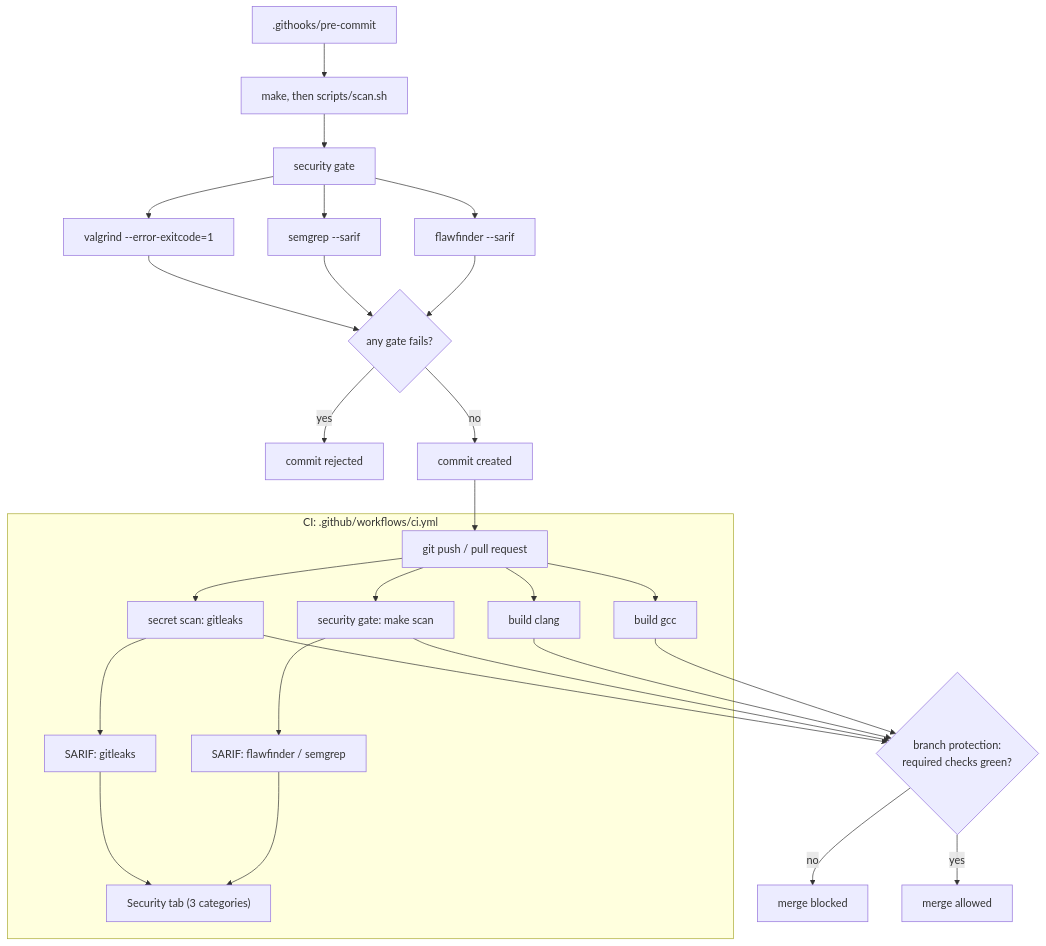
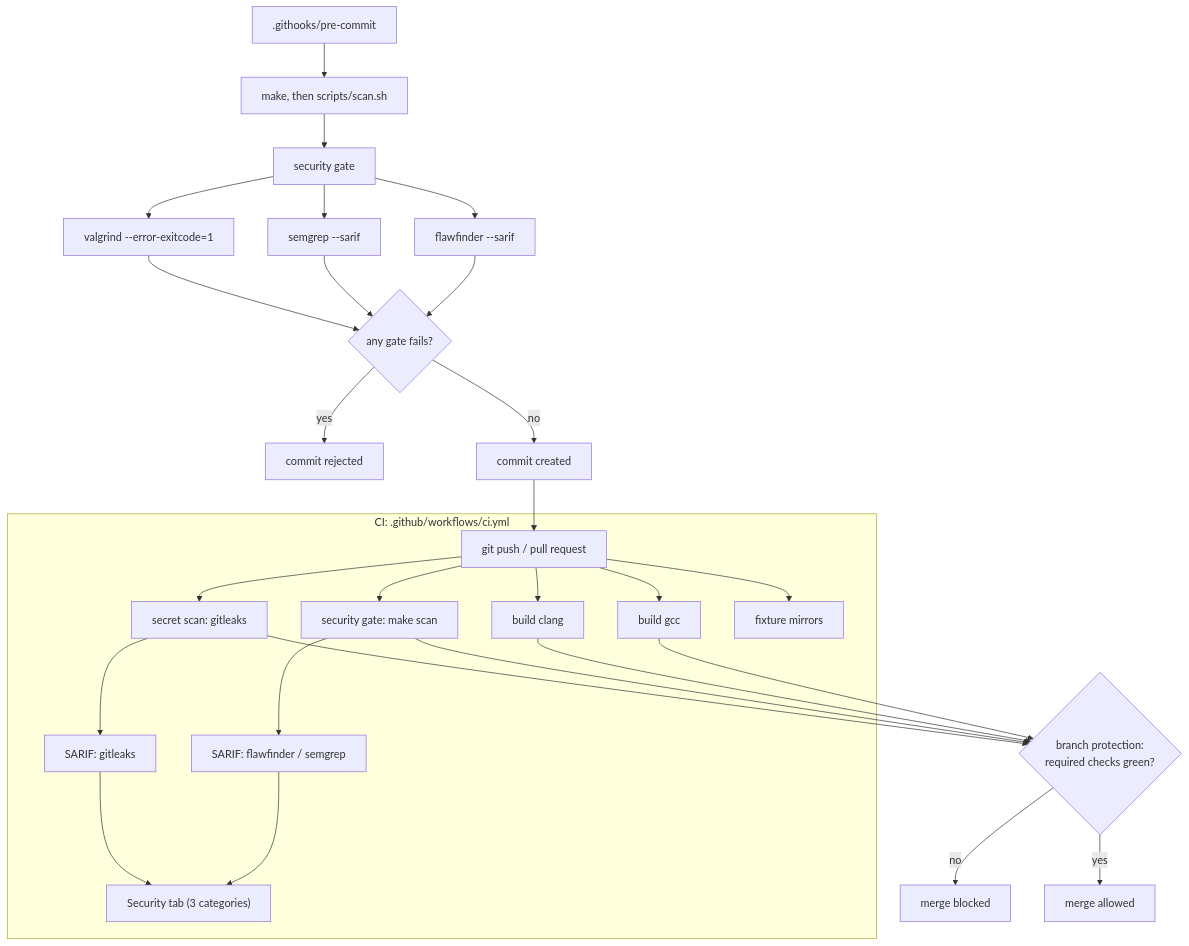
One commit to Arnaud1404/c-secure-build changed the diagram in README.md. Above: the diagram before and after it, drawn with Mermaid. The commit also changed other lines of this file, not shown here.

````diff
--- a/README.md
+++ b/README.md
@@ -11,28 +13,29 @@
 ```mermaid
 flowchart TD
     A[".githooks/pre-commit"] --> B["make, then scripts/scan.sh"]
     B --> C["security gate"]
     C --> C1["flawfinder --sarif"]
     C --> C2["semgrep --sarif"]
     C --> C3["valgrind --error-exitcode=1"]
     C1 & C2 & C3 --> D{"any gate fails?"}
     D -->|yes| E["commit rejected"]
     D -->|no| F["commit created"]
 
     F --> G["git push / pull request"]
 
     subgraph CI["CI: .github/workflows/ci.yml"]
         G --> H1["build gcc"]
         G --> H2["build clang"]
         G --> H3["security gate: make scan"]
         G --> H4["secret scan: gitleaks"]
+        G --> H5["fixture mirrors"]
         H3 --> S1["SARIF: flawfinder / semgrep"]
         H4 --> S2["SARIF: gitleaks"]
         S1 --> T["Security tab (3 categories)"]
         S2 --> T
     end
 
     H1 & H2 & H3 & H4 --> P{"branch protection:<br/>required checks green?"}
     P -->|no| M["merge blocked"]
     P -->|yes| N["merge allowed"]
 ```
````
